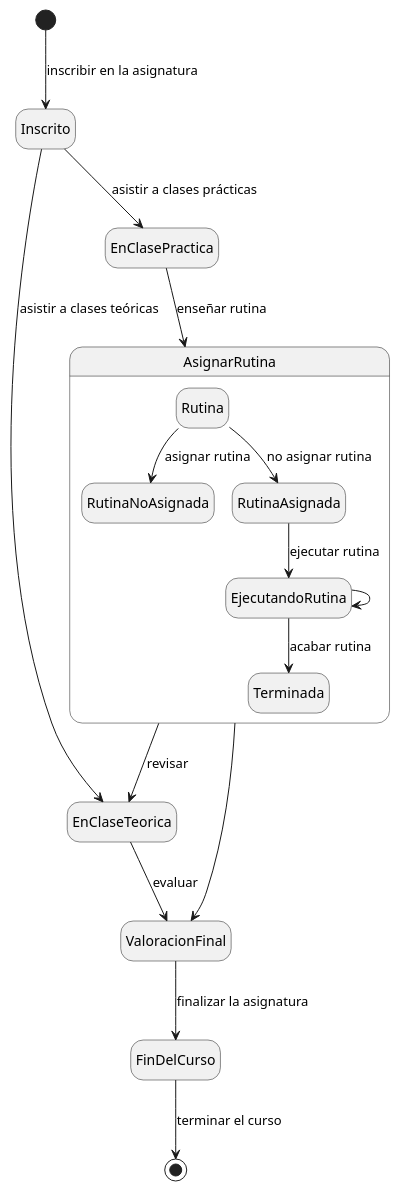
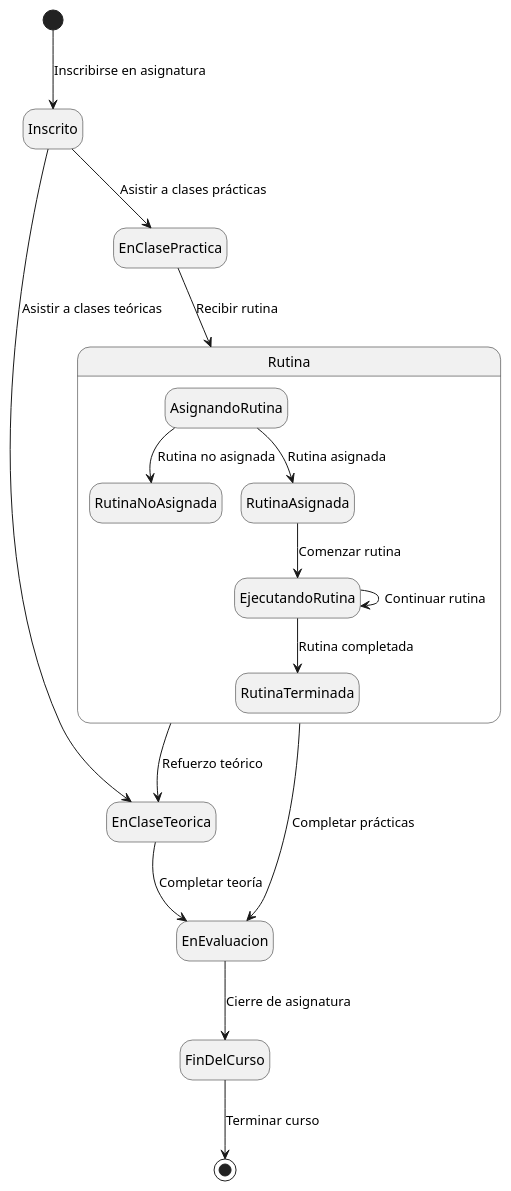
One commit to mmasias/24-25-IdSw1-SDR changed the diagram in Documentos/diagramaDeEstados/Alumnos/CicloDeVidaAlumno.puml. Above: the diagram before and after it, drawn with PlantUML.

Commit message:
Cambios en el diagrama de estados del alumno

```diff
--- a/Documentos/diagramaDeEstados/Alumnos/CicloDeVidaAlumno.puml
+++ b/Documentos/diagramaDeEstados/Alumnos/CicloDeVidaAlumno.puml
@@ -1,28 +1,25 @@
 @startuml
-
 hide empty description
 
-[*] --> Inscrito : inscribir en la asignatura
-Inscrito --> EnClaseTeorica : asistir a clases teóricas
-Inscrito --> EnClasePractica : asistir a clases prácticas
+[*] --> Inscrito : Inscribirse en asignatura
+Inscrito --> EnClaseTeorica : Asistir a clases teóricas
+Inscrito --> EnClasePractica : Asistir a clases prácticas
 
-EnClaseTeorica --> ValoracionFinal : evaluar
-EnClasePractica --> AsignarRutina : enseñar rutina
+EnClaseTeorica --> EnEvaluacion : Completar teoría
+EnClasePractica --> Rutina : Recibir rutina
 
-State AsignarRutina {
-    Rutina --> RutinaNoAsignada : asignar rutina
-    Rutina --> RutinaAsignada : no asignar rutina
-    RutinaAsignada --> EjecutandoRutina : ejecutar rutina
-    EjecutandoRutina --> EjecutandoRutina
-    EjecutandoRutina --> Terminada : acabar rutina
-    
-  }
+state Rutina {
+    AsignandoRutina --> RutinaNoAsignada : Rutina no asignada
+    AsignandoRutina --> RutinaAsignada : Rutina asignada
+    RutinaAsignada --> EjecutandoRutina : Comenzar rutina
+    EjecutandoRutina --> EjecutandoRutina : Continuar rutina
+    EjecutandoRutina --> RutinaTerminada : Rutina completada
+}
 
-AsignarRutina --> ValoracionFinal
-AsignarRutina --> EnClaseTeorica : revisar
+Rutina --> EnEvaluacion : Completar prácticas
+Rutina --> EnClaseTeorica : Refuerzo teórico
 
-ValoracionFinal --> FinDelCurso : finalizar la asignatura
-
-FinDelCurso --> [*] : terminar el curso
+EnEvaluacion --> FinDelCurso : Cierre de asignatura
+FinDelCurso --> [*] : Terminar curso
 
 @enduml
```
